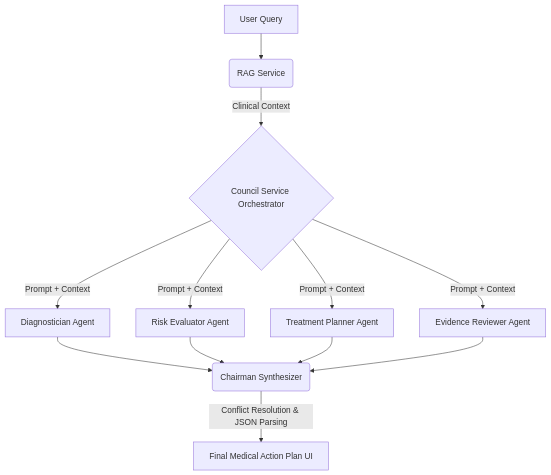
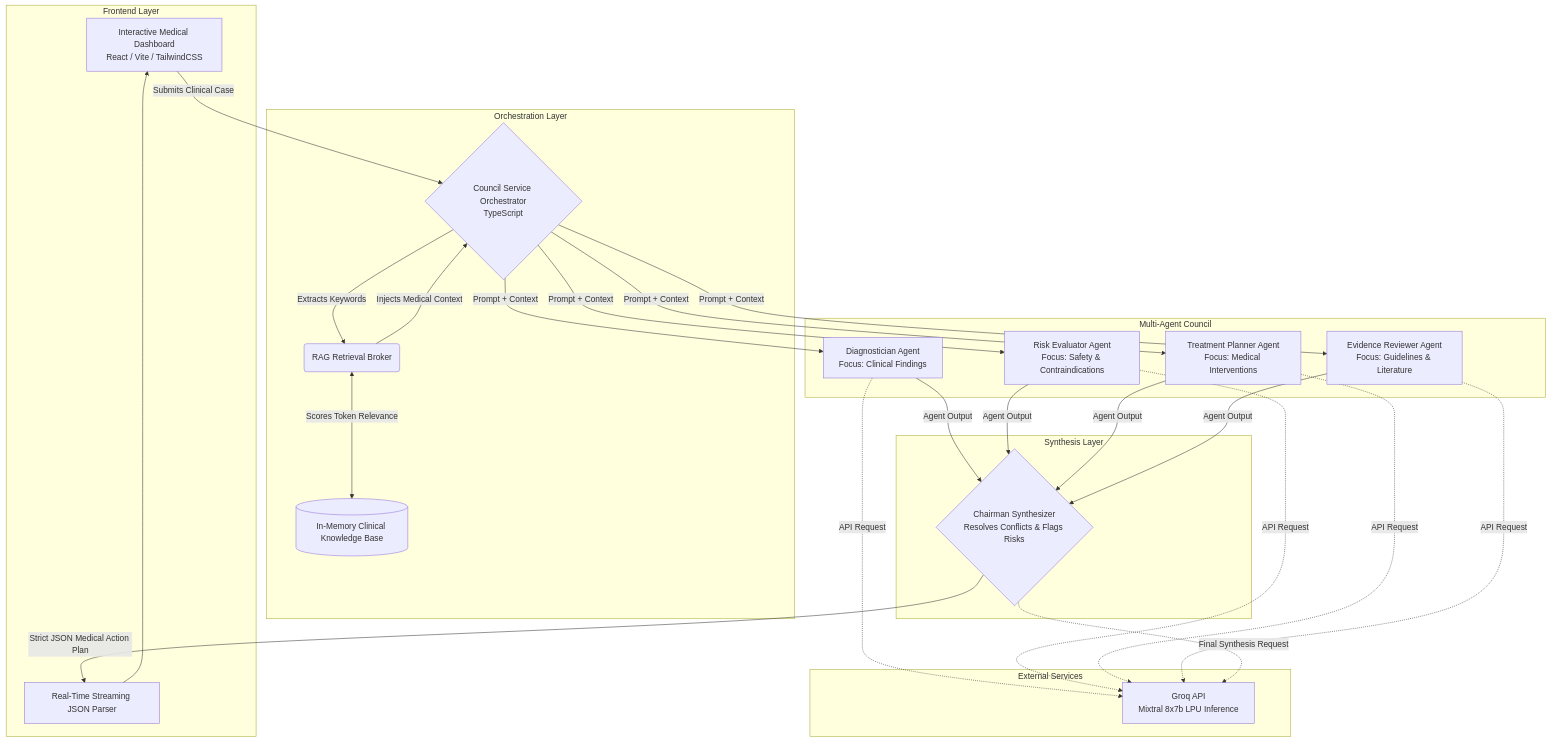
One commit to akashdeep070/Med-Council-LLM changed the first of 2 diagrams in SYSTEM_ARCHITECTURE.md. Above: the diagram before and after it, drawn with Mermaid.

Commit message:
Expand architecture diagram to be more comprehensive

````diff
--- a/SYSTEM_ARCHITECTURE.md
+++ b/SYSTEM_ARCHITECTURE.md
@@ -15,14 +15,57 @@
 ```mermaid
 graph TD
-    A[User Query] --> B(RAG Service)
-    B -->|Clinical Context| C{Council Service Orchestrator}
-    C -->|Prompt + Context| D[Diagnostician Agent]
-    C -->|Prompt + Context| E[Risk Evaluator Agent]
-    C -->|Prompt + Context| F[Treatment Planner Agent]
-    C -->|Prompt + Context| G[Evidence Reviewer Agent]
-    D --> H(Chairman Synthesizer)
-    E --> H
-    F --> H
-    G --> H
-    H -->|Conflict Resolution & JSON Parsing| I[Final Medical Action Plan UI]
+    %% Frontend Layer
+    subgraph Frontend [Frontend Layer]
+        UI[Interactive Medical Dashboard<br/>React / Vite / TailwindCSS]
+        Stream[Real-Time Streaming JSON Parser]
+    end
+
+    %% Service / Orchestration Layer
+    subgraph Orchestration [Orchestration Layer]
+        CSO{Council Service Orchestrator<br/>TypeScript}
+        RAG(RAG Retrieval Broker)
+        KB[(In-Memory Clinical Knowledge Base)]
+    end
+
+    %% AI Council Layer
+    subgraph AICouncil [Multi-Agent Council]
+        DA[Diagnostician Agent<br/>Focus: Clinical Findings]
+        RE[Risk Evaluator Agent<br/>Focus: Safety & Contraindications]
+        TP[Treatment Planner Agent<br/>Focus: Medical Interventions]
+        ER[Evidence Reviewer Agent<br/>Focus: Guidelines & Literature]
+    end
+
+    %% Synthesis Layer
+    subgraph Synthesis [Synthesis Layer]
+        Chairman{Chairman Synthesizer<br/>Resolves Conflicts & Flags Risks}
+    end
+
+    %% External Services
+    subgraph External [External Services]
+        LLM[Groq API<br/>Mixtral 8x7b LPU Inference]
+    end
+
+    UI -->|Submits Clinical Case| CSO
+    CSO -->|Extracts Keywords| RAG
+    RAG <-->|Scores Token Relevance| KB
+    RAG -->|Injects Medical Context| CSO
+    
+    CSO -->|Prompt + Context| DA
+    CSO -->|Prompt + Context| RE
+    CSO -->|Prompt + Context| TP
+    CSO -->|Prompt + Context| ER
+    
+    DA -.->|API Request| LLM
+    RE -.->|API Request| LLM
+    TP -.->|API Request| LLM
+    ER -.->|API Request| LLM
+    
+    DA -->|Agent Output| Chairman
+    RE -->|Agent Output| Chairman
+    TP -->|Agent Output| Chairman
+    ER -->|Agent Output| Chairman
+    
+    Chairman -.->|Final Synthesis Request| LLM
+    Chairman -->|Strict JSON Medical Action Plan| Stream
+    Stream --> UI
 ```
````
